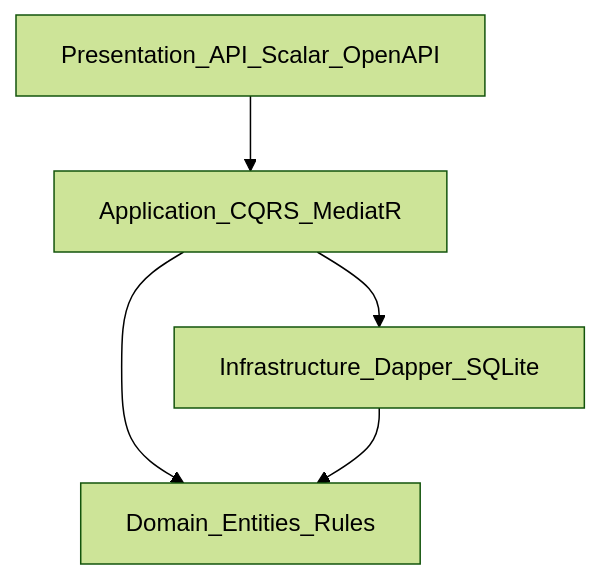
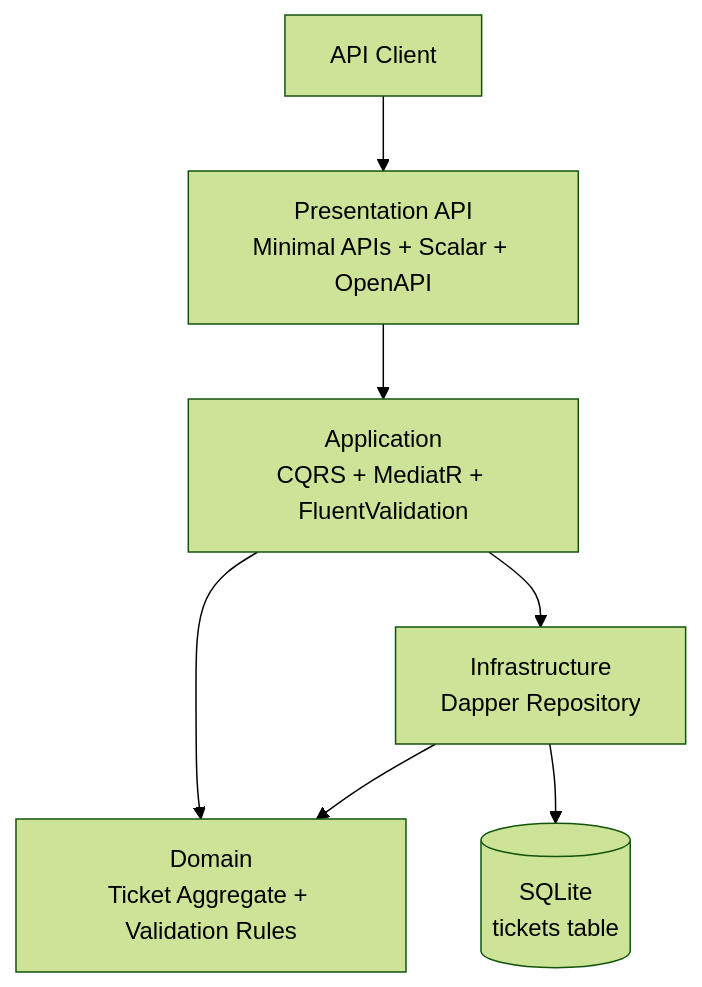
One commit to kulvitaly/gen-ai-software-engineering changed the first of 8 diagrams in homework-2/docs/ARCHITECTURE.md. Above: the diagram before and after it, drawn with Mermaid (forest theme). The commit also changed other lines of this file and 9 other files, not shown here.

````diff
--- a/homework-2/docs/ARCHITECTURE.md
+++ b/homework-2/docs/ARCHITECTURE.md
@@ -29,7 +30,9 @@
 ```mermaid
 graph TD
-    API[Presentation_API_Scalar_OpenAPI] --> APP[Application_CQRS_MediatR]
-    APP --> DOM[Domain_Entities_Rules]
-    APP --> INF[Infrastructure_Dapper_SQLite]
+    Client[API Client] --> API[Presentation API<br/>Minimal APIs + Scalar + OpenAPI]
+    API --> APP[Application<br/>CQRS + MediatR + FluentValidation]
+    APP --> DOM[Domain<br/>Ticket Aggregate + Validation Rules]
+    APP --> INF[Infrastructure<br/>Dapper Repository]
+    INF --> DB[(SQLite<br/>tickets table)]
     INF --> DOM
 ```
````
